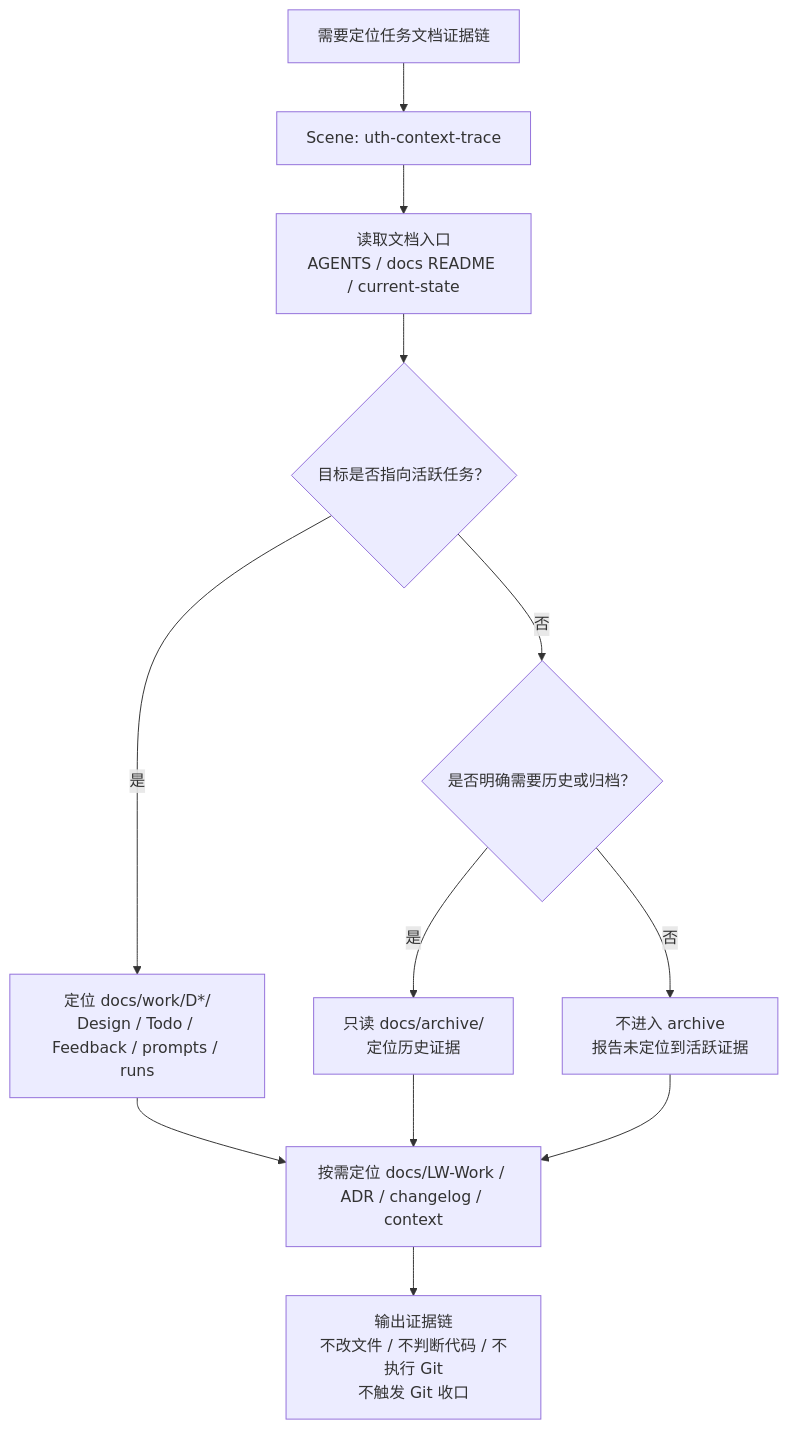
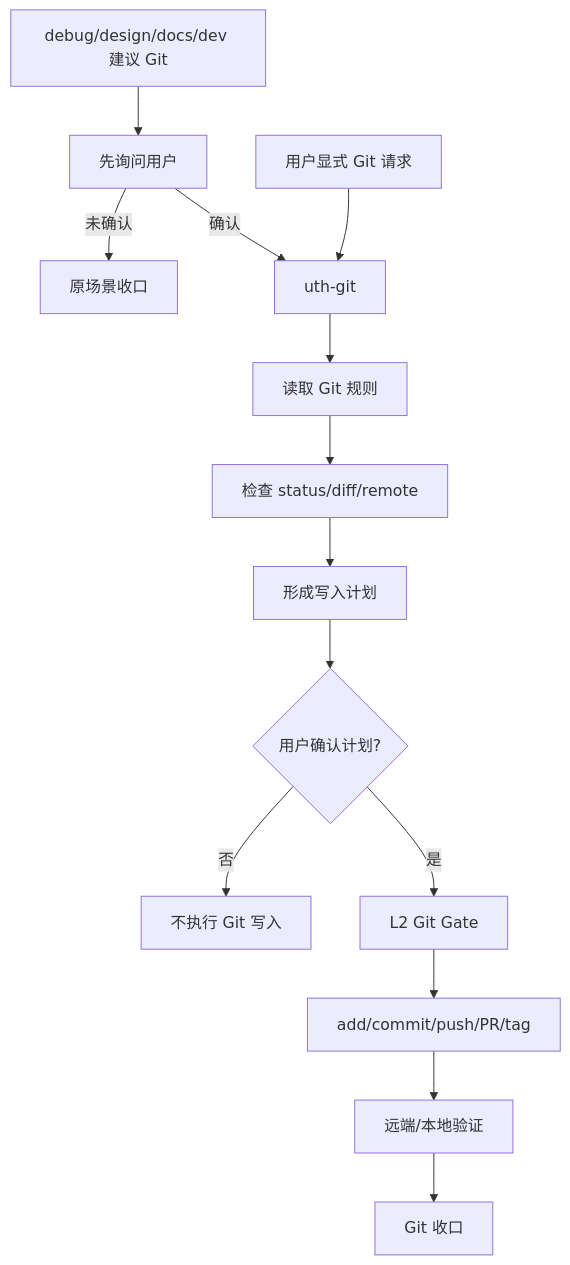
One commit to undertaker33/uth-governance changed the sixth of 7 diagrams in docs/FLOW_全链路流程图.md. Above: the diagram before and after it, drawn with Mermaid. The commit also changed other lines of this file and 3 other files, not shown here.

````diff
--- a/docs/FLOW_全链路流程图.md
+++ b/docs/FLOW_全链路流程图.md
@@ -353,14 +113,16 @@
 ```mermaid
 flowchart TD
-    A["需要定位任务文档证据链"] --> B["Scene: uth-context-trace"]
-    B --> C["读取文档入口<br/>AGENTS / docs README / current-state"]
-    C --> D{"目标是否指向活跃任务？"}
-    D -- "是" --> E["定位 docs/work/D*/<br/>Design / Todo / Feedback / prompts / runs"]
-    D -- "否" --> F{"是否明确需要历史或归档？"}
-    F -- "是" --> G["只读 docs/archive/<br/>定位历史证据"]
-    F -- "否" --> H["不进入 archive<br/>报告未定位到活跃证据"]
-    E --> I["按需定位 docs/LW-Work / ADR / changelog / context"]
-    G --> I
-    H --> I
-    I --> J["输出证据链<br/>不改文件 / 不判断代码 / 不执行 Git<br/>不触发 Git 收口"]
+    A["debug/design/docs/dev 建议 Git"] --> B["先询问用户"]
+    B -- "未确认" --> C["原场景收口"]
+    B -- "确认" --> D["uth-git"]
+    X["用户显式 Git 请求"] --> D
+    D --> E["读取 Git 规则"]
+    E --> F["检查 status/diff/remote"]
+    F --> G["形成写入计划"]
+    G --> H{"用户确认计划?"}
+    H -- "否" --> I["不执行 Git 写入"]
+    H -- "是" --> J["L2 Git Gate"]
+    J --> K["add/commit/push/PR/tag"]
+    K --> L["远端/本地验证"]
+    L --> M["Git 收口"]
 ```
````
